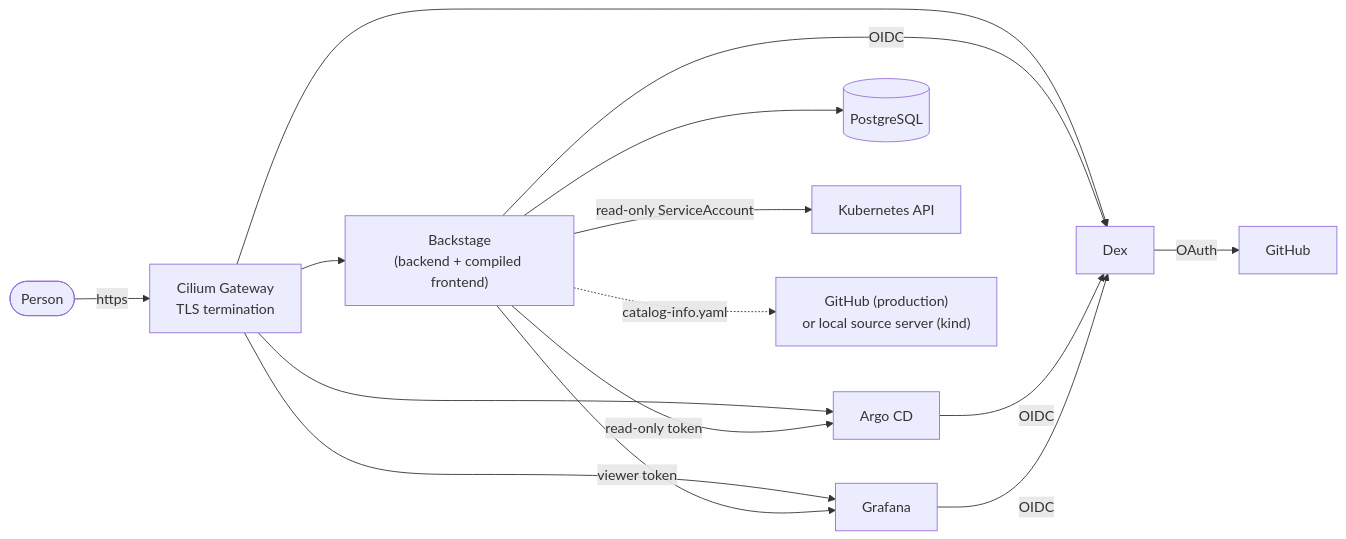
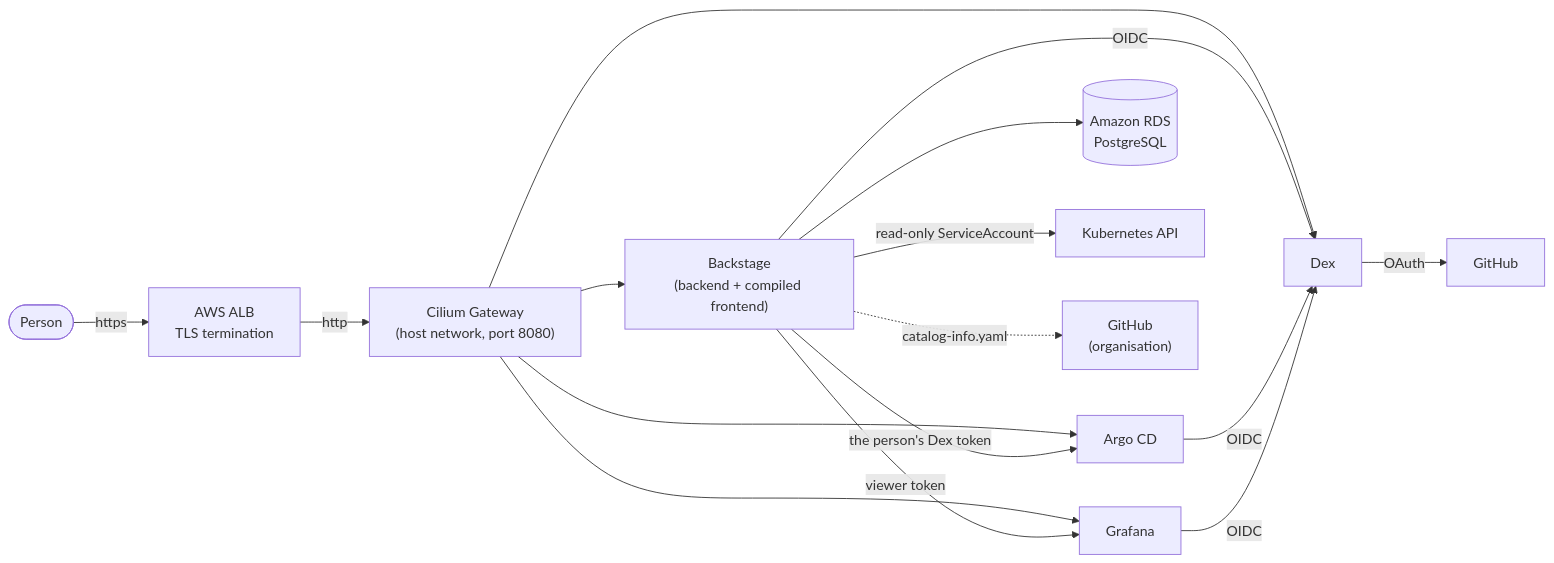
The diagram in docs/architecture.md (platform-boutique/platform-demo-backstage), drawn with Mermaid before and after one commit. The commit also changed other lines of this file and 14 other files, not shown here.

First line of the commit message:
Remove stale kind-era documentation and local demo assets (#3)

````diff
--- a/docs/architecture.md
+++ b/docs/architecture.md
@@ -5,17 +5,18 @@
 ```mermaid
 flowchart LR
-  user(["Person"]) -->|https| gw["Cilium Gateway<br/>TLS termination"]
+  user(["Person"]) -->|https| alb["AWS ALB<br/>TLS termination"]
+  alb -->|http| gw["Cilium Gateway<br/>(host network, port 8080)"]
   gw --> bs["Backstage<br/>(backend + compiled frontend)"]
   gw --> dex["Dex"]
   gw --> argo["Argo CD"]
   gw --> graf["Grafana"]
-  bs --> pg[("PostgreSQL")]
+  bs --> pg[("Amazon RDS<br/>PostgreSQL")]
   bs -->|"read-only ServiceAccount"| k8s["Kubernetes API"]
-  bs -->|"read-only token"| argo
+  bs -->|"the person's Dex token"| argo
   bs -->|"viewer token"| graf
   bs -->|"OIDC"| dex
   argo -->|"OIDC"| dex
   graf -->|"OIDC"| dex
   dex -->|"OAuth"| gh["GitHub"]
-  bs -.->|"catalog-info.yaml"| src["GitHub (production)<br/>or local source server (kind)"]
+  bs -.->|"catalog-info.yaml"| src["GitHub<br/>(organisation)"]
 ```
````
